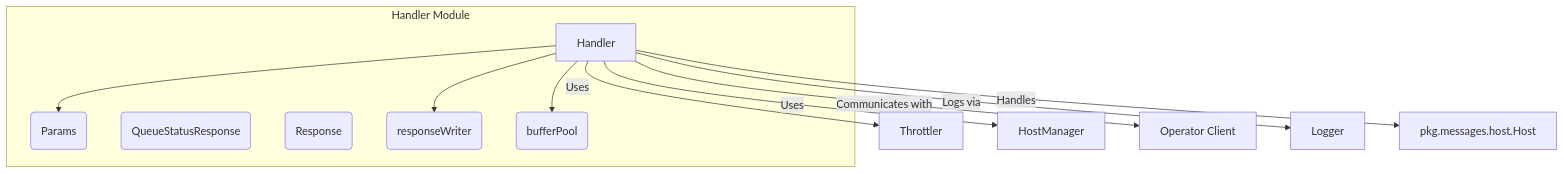
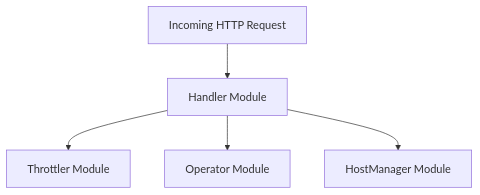
Before and after one commit to ShreyasPatel031/CodeWiki: the diagram in demo/repos/KubeElasti/handler.md, drawn with Mermaid. The commit also changed other lines of this file and 55 other files, not shown here.

````diff
--- a/demo/repos/KubeElasti/handler.md
+++ b/demo/repos/KubeElasti/handler.md
@@ -19,25 +11,11 @@
 ```mermaid
 graph TD
-    subgraph Handler Module
-        H[Handler]
-        P(Params)
-        QR(QueueStatusResponse)
-        R(Response)
-        RW(responseWriter)
-        BP(bufferPool)
-        H --> P
-        H --> RW
-        H --> BP
-    end
+    A[Incoming HTTP Request] --> handler[Handler Module]
+    handler --> throttler[Throttler Module]
+    handler --> operator[Operator Module]
+    handler --> hostmanager[HostManager Module]
 
-    H -- "Uses" --> T[Throttler]
-    H -- "Uses" --> HM[HostManager]
-    H -- "Communicates with" --> O[Operator Client]
-    H -- "Logs via" --> L[Logger]
-    H -- "Handles" --> MSG[pkg.messages.host.Host]
-
-    click T "throttler.md" "View Throttler Module"
-    click HM "host_manager.md" "View Host Manager Module"
-    click O "operator_client.md" "View Operator Client Module"
-    click MSG "pkg.md" "View Pkg Module"
+    click throttler "throttler.md" "View Throttler Module"
+    click operator "operator.md" "View Operator Module"
+    click hostmanager "hostmanager.md" "View HostManager Module"
 ```
````
